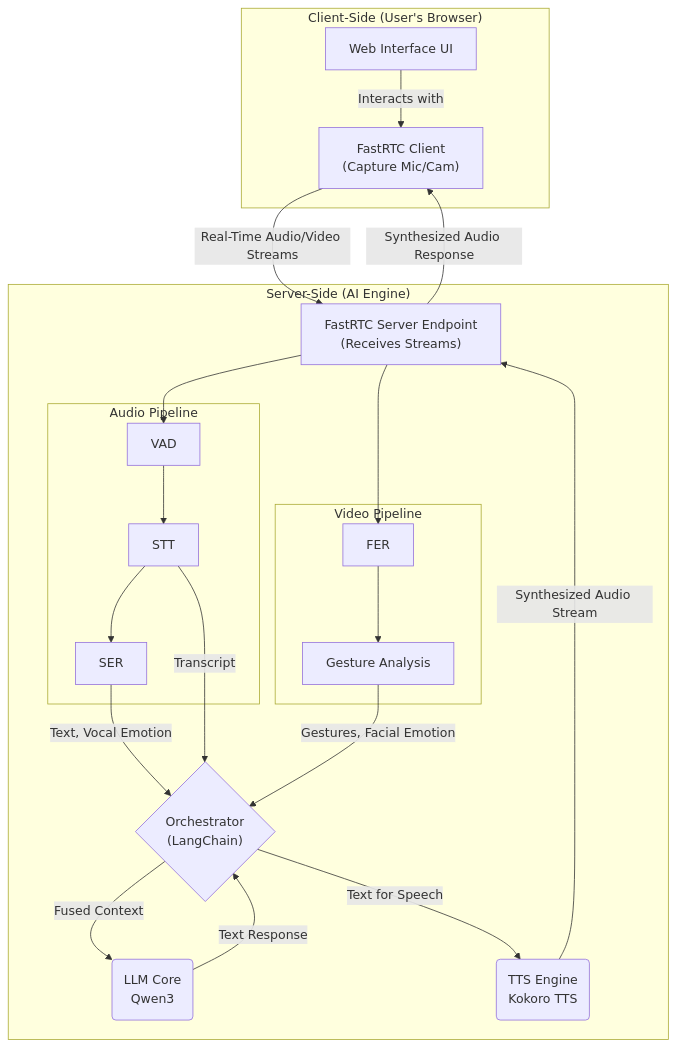
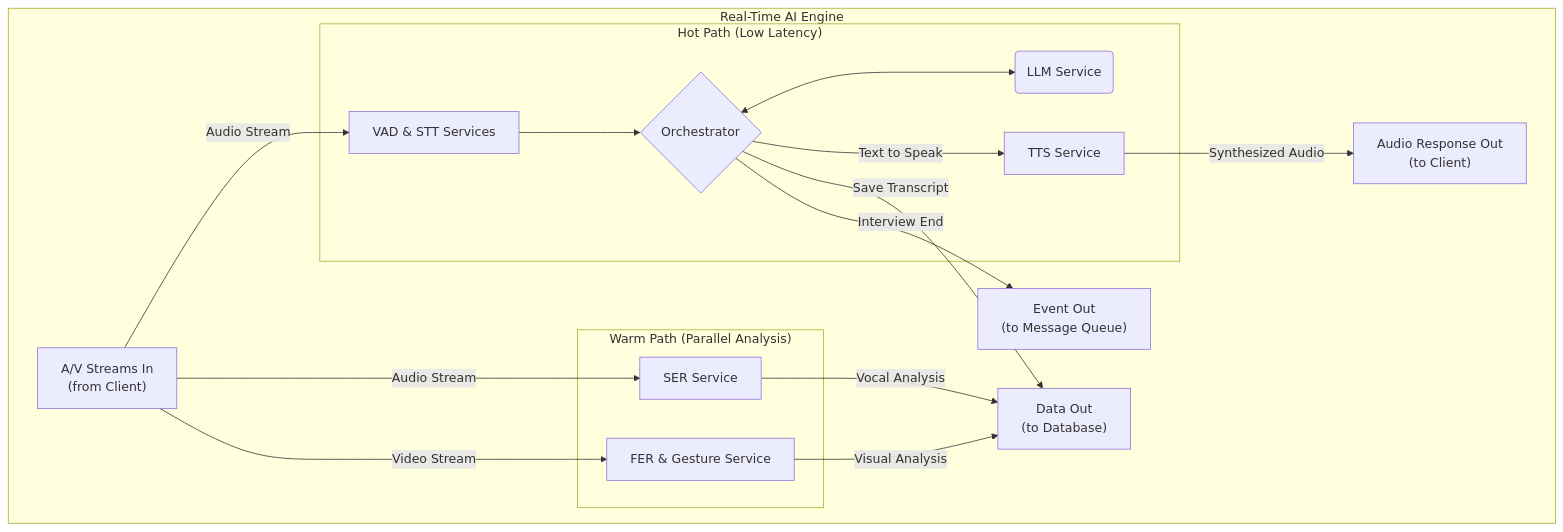
One commit to ARahim3/MAIP changed the second of 3 diagrams in README.md. Above: the diagram before and after it, drawn with Mermaid. The commit also changed other lines of this file, not shown here.

````diff
--- a/README.md
+++ b/README.md
@@ -111,41 +163,36 @@
 ```mermaid
+graph TD
+    %% Define the main components first
+    CLIENT_IN["A/V Streams In <br> (from Client)"]
+    CLIENT_OUT["Audio Response Out <br> (to Client)"]
+    
 
-graph TD
-    subgraph "Client-Side (User's Browser)"
-        A[Web Interface UI]
-        B["FastRTC Client <br> (Capture Mic/Cam)"]
-        A -- Interacts with --> B
+    subgraph "Real-Time AI Engine"
+        DATABASE["Data Out <br> (to Database)"]
+        MESSAGE_Q["Event Out <br> (to Message Queue)"]
+        subgraph "Hot Path (Low Latency)"
+            H1[VAD & STT Services] --> H2{Orchestrator}
+            H2 <--> H3(LLM Service)
+            H2 -- "Text to Speak" --> H4[TTS Service]
+        end
+
+        subgraph "Warm Path (Parallel Analysis)"
+            W1[SER Service]
+            W2[FER & Gesture Service]
+        end
+        
+        %% Internal Connections
+        CLIENT_IN -- "Audio Stream" --> H1
+        H4 -- "Synthesized Audio" --> CLIENT_OUT
+        
+        CLIENT_IN -- "Audio Stream" --> W1
+        CLIENT_IN -- "Video Stream" --> W2
     end
 
-    subgraph "Server-Side (AI Engine)"
-        C["FastRTC Server Endpoint <br> (Receives Streams)"]
-        D{"Orchestrator <br> (LangChain)"}
-        
-        subgraph "Audio Pipeline"
-            E[VAD] --> F[STT] --> G[SER]
-        end
-        
-        subgraph "Video Pipeline"
-            H[FER] --> I[Gesture Analysis]
-        end
-        
-        J("LLM Core <br> Qwen3")
-        K("TTS Engine <br> Kokoro TTS")
+    %% Connections from Engine to External Systems
+    H2 -- "Save Transcript" --> DATABASE
+    W1 -- "Vocal Analysis" --> DATABASE
+    W2 -- "Visual Analysis" --> DATABASE
+    H2 -- "Interview End" --> MESSAGE_Q
 
-        C --> E
-        C --> H
-        
-        G -- "Text, Vocal Emotion" --> D
-        F -- "Transcript" --> D
-        I -- "Gestures, Facial Emotion" --> D
-        
-        D -- "Fused Context" --> J
-        J -- "Text Response" --> D
-        
-        D -- "Text for Speech" --> K
-        K -- "Synthesized Audio Stream" --> C
-    end
-
-    B -- "Real-Time Audio/Video Streams" --> C
-    C -- "Synthesized Audio Response" --> B
 ```
````
